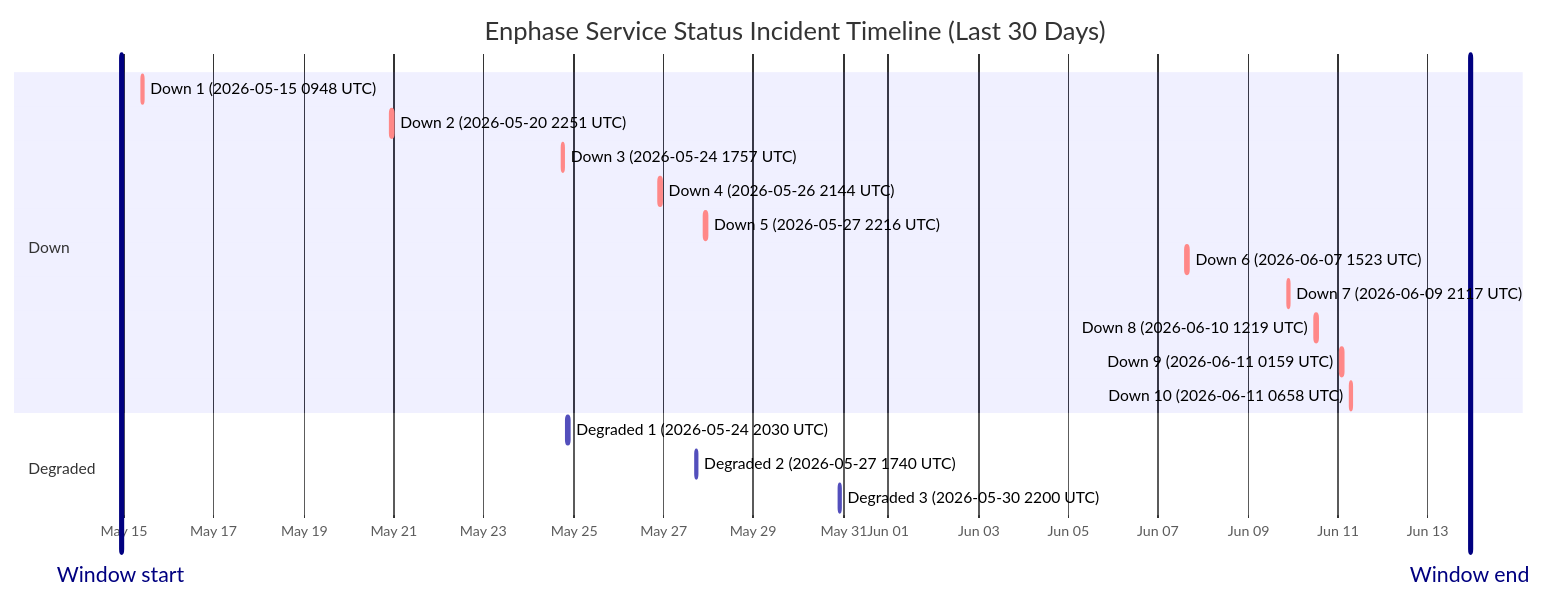
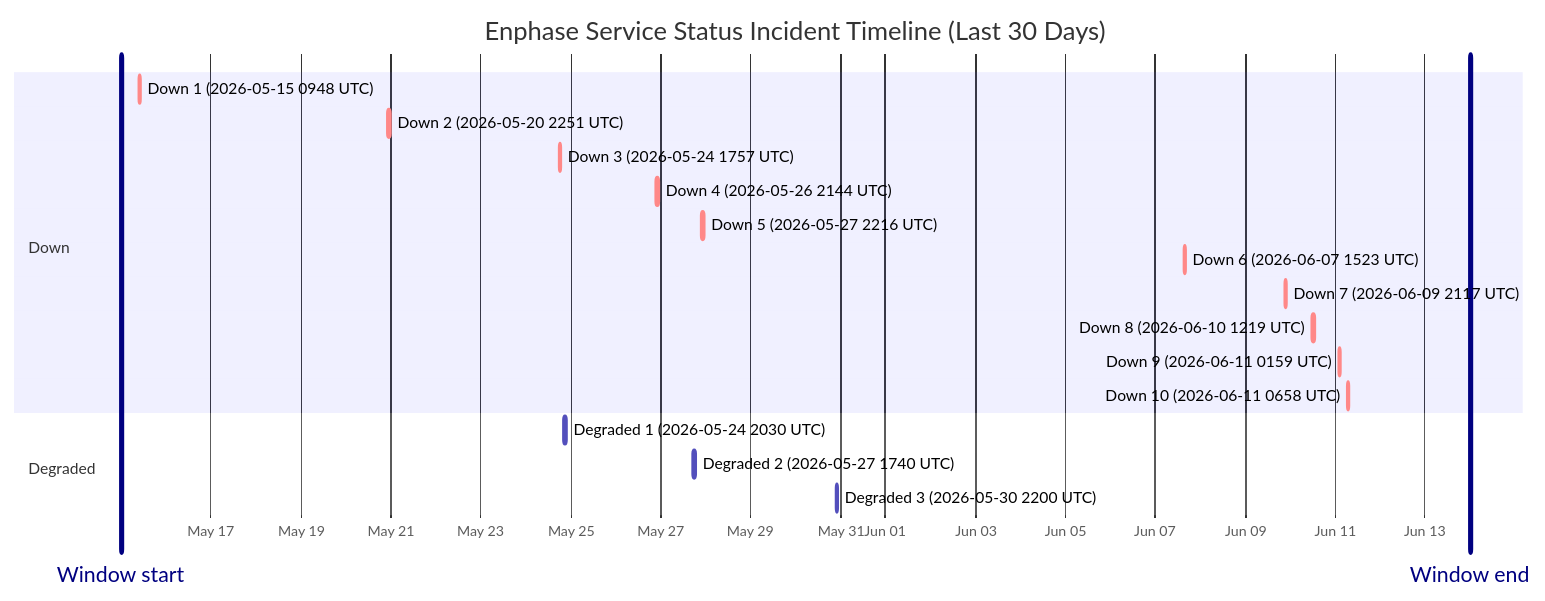
One commit to barneyonline/ha-enphase-energy changed the diagram in wiki/Service-Status-History.md. Above: the diagram before and after it, drawn with Mermaid. The commit also changed other lines of this file and 3 other files, not shown here.

````diff
--- a/wiki/Service-Status-History.md
+++ b/wiki/Service-Status-History.md
@@ -14,23 +14,23 @@
 ```mermaid
 gantt
     title Enphase Service Status Incident Timeline (Last 30 Days)
     dateFormat  YYYY-MM-DDTHH:mm:ss
     axisFormat  %b %d
-    Window start :vert, window-start, 2026-05-14T22:36:03, 0ms
-    Window end :vert, window-end, 2026-06-13T22:36:03, 0ms
+    Window start :vert, window-start, 2026-05-15T00:05:11, 0ms
+    Window end :vert, window-end, 2026-06-14T00:05:11, 0ms
     section Down
     Down 1 (2026-05-15 0948 UTC) :crit, down-1, 2026-05-15T09:48:18, 60m
     Down 2 (2026-05-20 2251 UTC) :crit, down-2, 2026-05-20T22:51:14, 75m
     Down 3 (2026-05-24 1757 UTC) :crit, down-3, 2026-05-24T17:57:41, 86m
     Down 4 (2026-05-26 2144 UTC) :crit, down-4, 2026-05-26T21:44:11, 85m
     Down 5 (2026-05-27 2216 UTC) :crit, down-5, 2026-05-27T22:16:53, 87m
     Down 6 (2026-06-07 1523 UTC) :crit, down-6, 2026-06-07T15:23:22, 87m
     Down 7 (2026-06-09 2117 UTC) :crit, down-7, 2026-06-09T21:17:17, 60m
     Down 8 (2026-06-10 1219 UTC) :crit, down-8, 2026-06-10T12:19:21, 60m
     Down 9 (2026-06-11 0159 UTC) :crit, down-9, 2026-06-11T01:59:36, 60m
     Down 10 (2026-06-11 0658 UTC) :crit, down-10, 2026-06-11T06:58:45, 60m
     section Degraded
     Degraded 1 (2026-05-24 2030 UTC) :active, degraded-1, 2026-05-24T20:30:57, 84m
     Degraded 2 (2026-05-27 1740 UTC) :active, degraded-2, 2026-05-27T17:40:52, 60m
     Degraded 3 (2026-05-30 2200 UTC) :active, degraded-3, 2026-05-30T22:00:37, 60m
 ```
````
